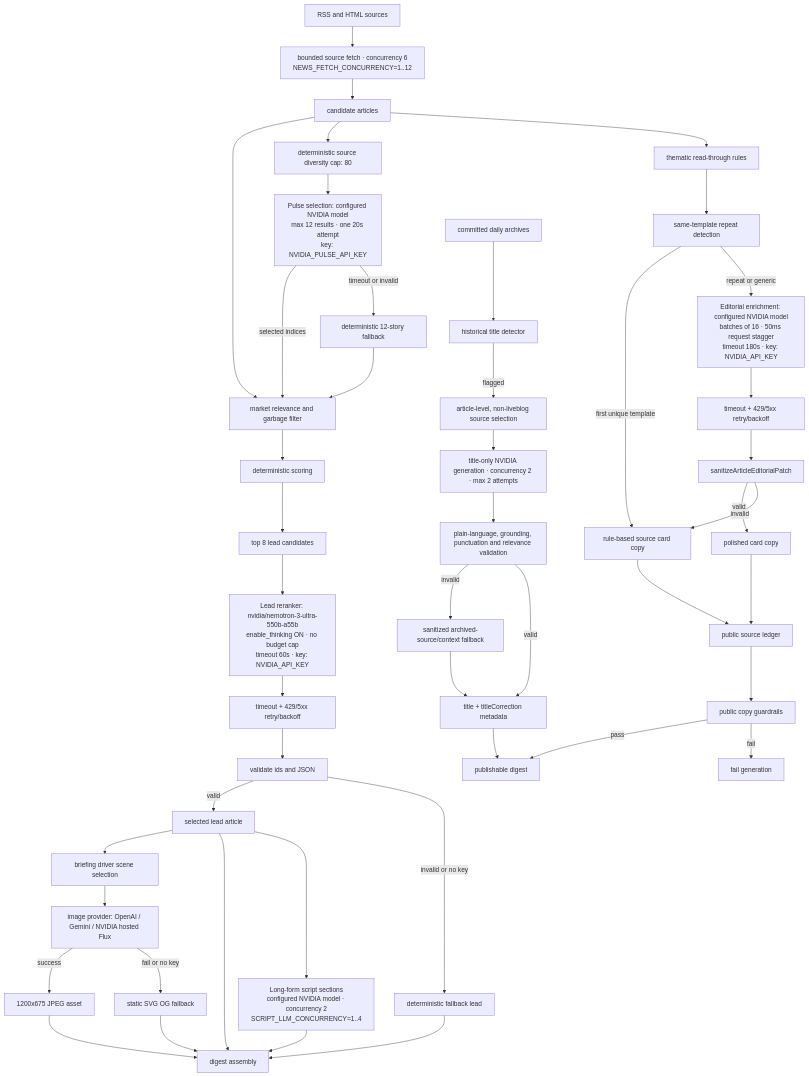
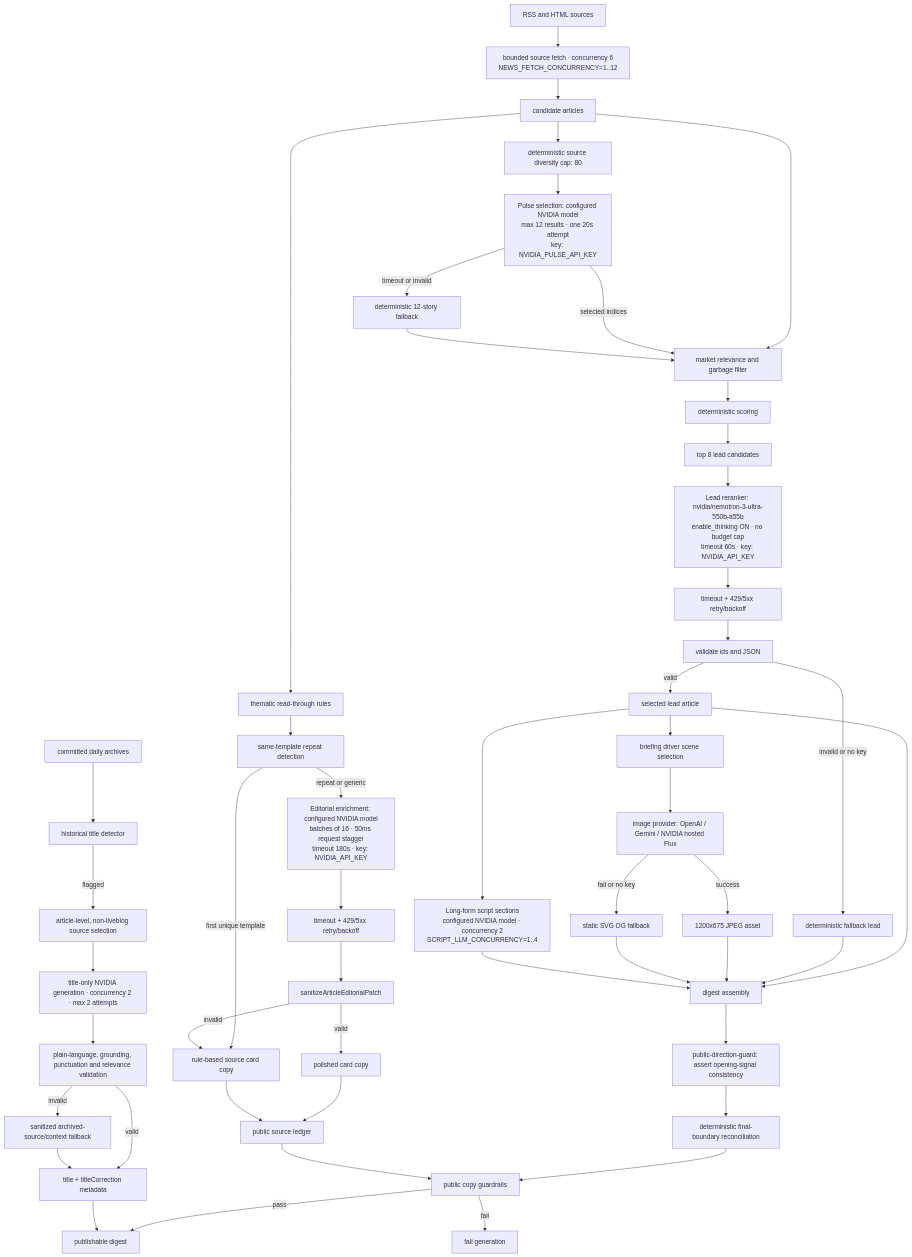
Before and after one commit to Abheydeep/marketNews: the diagram in context/architecture-diagrams/03-llm-enrichment-pipeline.mmd, drawn with Mermaid. The commit also changed 25 other files, not shown here.

```diff
--- a/context/architecture-diagrams/03-llm-enrichment-pipeline.mmd
+++ b/context/architecture-diagrams/03-llm-enrichment-pipeline.mmd
@@ -1,52 +1,55 @@
 flowchart TD
   Sources["RSS and HTML sources"] --> SourceFetch["bounded source fetch · concurrency 6\nNEWS_FETCH_CONCURRENCY=1..12"]
   SourceFetch --> Articles
   Articles["candidate articles"] --> Filter["market relevance and garbage filter"]
   Filter --> Score["deterministic scoring"]
   Score --> Shortlist["top 8 lead candidates"]
 
   Articles --> PulseCap["deterministic source diversity cap: 80"]
   PulseCap --> PulseAgent["Pulse selection: configured NVIDIA model\nmax 12 results · one 20s attempt\nkey: NVIDIA_PULSE_API_KEY"]
   PulseAgent -->|selected indices| Filter
   PulseAgent -->|timeout or invalid| PulseFallback["deterministic 12-story fallback"]
   PulseFallback --> Filter
 
   Shortlist --> LeadAgent["Lead reranker: nvidia/nemotron-3-ultra-550b-a55b\nenable_thinking ON · no budget cap\ntimeout 60s · key: NVIDIA_API_KEY"]
   LeadAgent --> RetryLead["timeout + 429/5xx retry/backoff"]
   RetryLead --> ValidateLead["validate ids and JSON"]
   ValidateLead -->|valid| Lead["selected lead article"]
   ValidateLead -->|invalid or no key| DeterministicLead["deterministic fallback lead"]
 
   Articles --> Templates["thematic read-through rules"]
   Templates --> RepeatCheck["same-template repeat detection"]
   RepeatCheck -->|first unique template| DeterministicCopy["rule-based source card copy"]
   RepeatCheck -->|repeat or generic| EditorialAgent["Editorial enrichment: configured NVIDIA model\nbatches of 16 · 50ms request stagger\ntimeout 180s · key: NVIDIA_API_KEY"]
   EditorialAgent --> RetryEditorial["timeout + 429/5xx retry/backoff"]
   RetryEditorial --> Sanitize["sanitizeArticleEditorialPatch"]
   Sanitize -->|valid| Polished["polished card copy"]
   Sanitize -->|invalid| DeterministicCopy
   Lead --> ImageScene["briefing driver scene selection"]
   ImageScene --> ImageModel["image provider: OpenAI / Gemini / NVIDIA hosted Flux"]
   ImageModel -->|success| OgJpeg["1200x675 JPEG asset"]
   ImageModel -->|fail or no key| OgFallback["static SVG OG fallback"]
 
   Lead --> Digest["digest assembly"]
   DeterministicLead --> Digest
   OgJpeg --> Digest
   OgFallback --> Digest
   Lead --> ScriptAgent["Long-form script sections\nconfigured NVIDIA model · concurrency 2\nSCRIPT_LLM_CONCURRENCY=1..4"]
   ScriptAgent --> Digest
   Polished --> SourceLedger["public source ledger"]
   DeterministicCopy --> SourceLedger
-  SourceLedger --> CopyGuard["public copy guardrails"]
+  Digest --> DirectionGuard["public-direction-guard: assert opening-signal consistency"]
+  DirectionGuard --> DirectionRepair["deterministic final-boundary reconciliation"]
+  DirectionRepair --> CopyGuard["public copy guardrails"]
+  SourceLedger --> CopyGuard
   CopyGuard -->|pass| Publishable["publishable digest"]
   CopyGuard -->|fail| Stop["fail generation"]
 
   Archive["committed daily archives"] --> TitleDetector["historical title detector"]
   TitleDetector -->|flagged| EligibleLead["article-level, non-liveblog source selection"]
   EligibleLead --> TitleAgent["title-only NVIDIA generation · concurrency 2 · max 2 attempts"]
   TitleAgent --> TitleValidate["plain-language, grounding, punctuation and relevance validation"]
   TitleValidate -->|invalid| SourceFallback["sanitized archived-source/context fallback"]
   TitleValidate -->|valid| Correction["title + titleCorrection metadata"]
   SourceFallback --> Correction
   Correction --> Publishable
```
